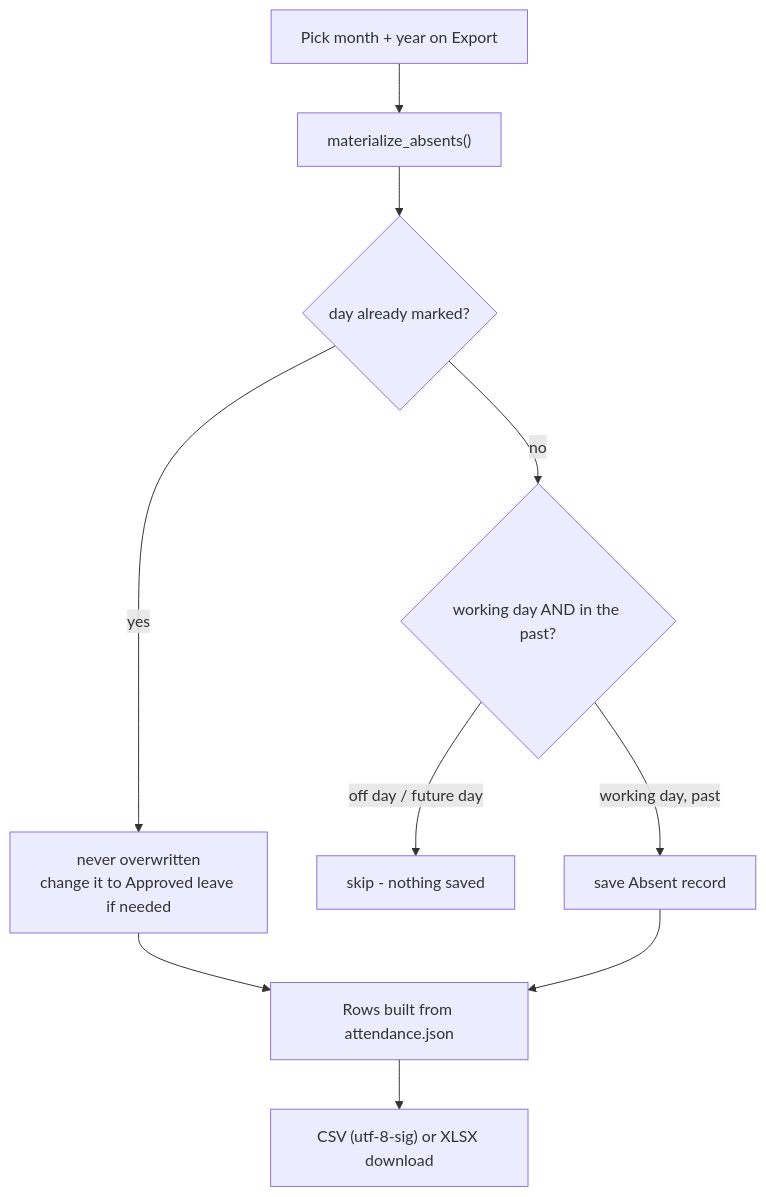
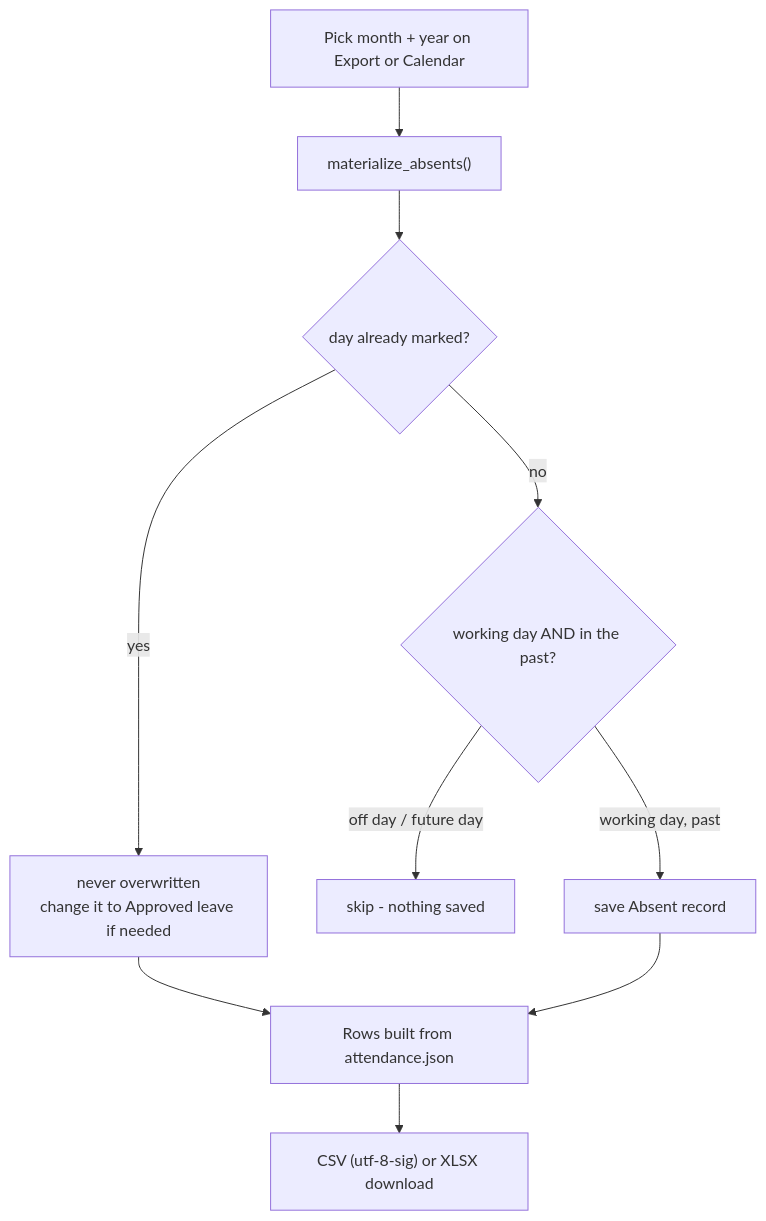
Before and after one commit to bluekitsune-sad/python_practice_and_projects: the third of 3 diagrams in HRMS/README.md, drawn with Mermaid. The commit also changed other lines of this file and 7 other files, not shown here.

Commit message:
HRMS: calendar view - per-day transaction totals + attendance % with month chips

````diff
--- a/HRMS/README.md
+++ b/HRMS/README.md
@@ -86,12 +108,12 @@
 ```mermaid
 flowchart TD
-    U["Pick month + year on Export"] --> F["materialize_absents()"]
+    U["Pick month + year on Export or Calendar"] --> F["materialize_absents()"]
     F --> Q{"day already marked?"}
     Q -->|"yes"| KEEP["never overwritten<br/>change it to Approved leave if needed"]
     Q -->|"no"| W{"working day AND in the past?"}
     W -->|"off day / future day"| SK["skip - nothing saved"]
     W -->|"working day, past"| AB["save Absent record"]
     KEEP --> R["Rows built from attendance.json"]
     AB --> R
     R --> X["CSV (utf-8-sig) or XLSX download"]
 ```
````
